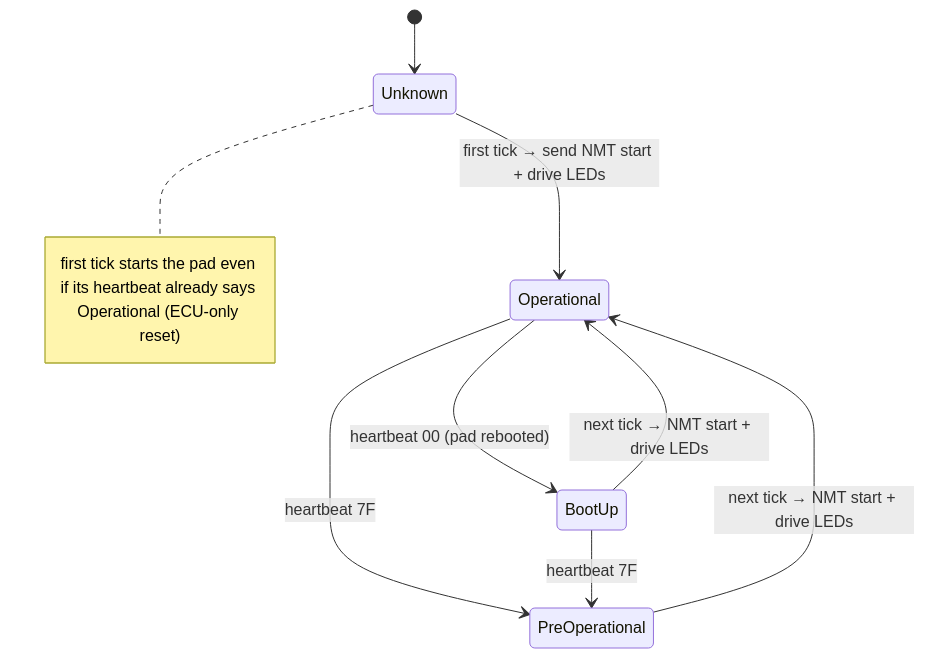
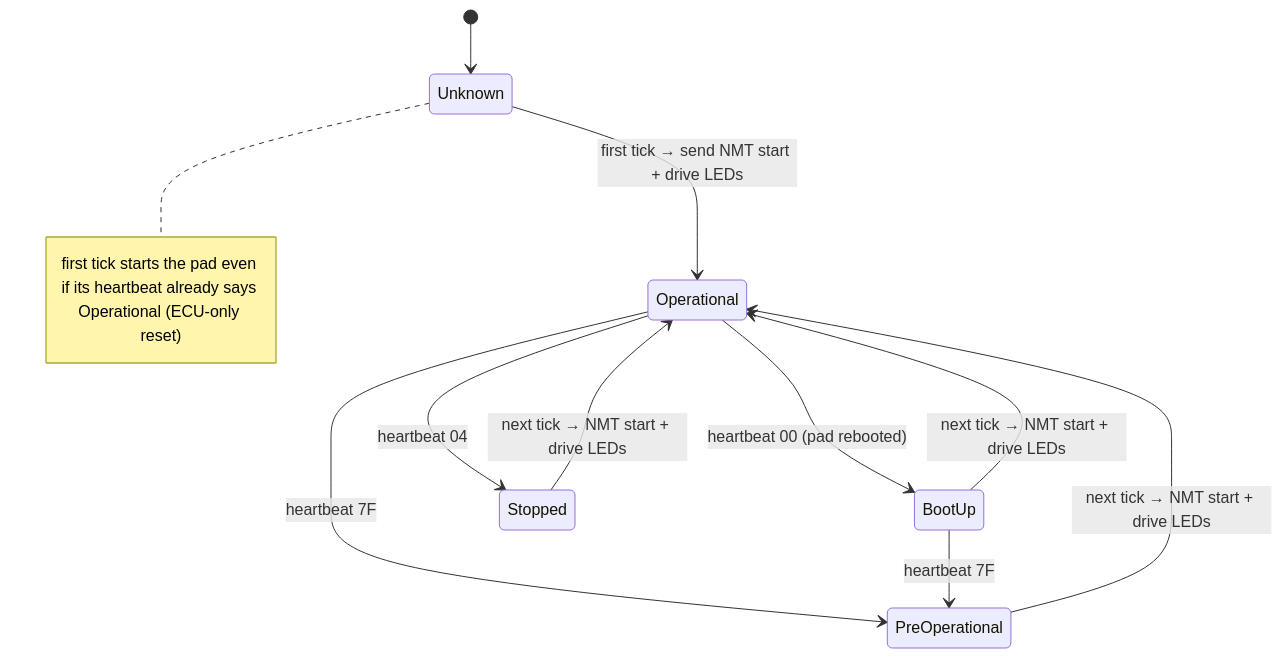
Before and after one commit to dreamev/mm-ecu: the second of 2 diagrams in lode/keypad/can-protocol.md, drawn with Mermaid. The commit also changed other lines of this file and 7 other files, not shown here.

````diff
--- a/lode/keypad/can-protocol.md
+++ b/lode/keypad/can-protocol.md
@@ -54,11 +56,13 @@
 ```mermaid
 stateDiagram-v2
   [*] --> Unknown
   Unknown --> Operational: first tick → send NMT start + drive LEDs
   note right of Unknown: first tick starts the pad even if its heartbeat already says Operational (ECU-only reset)
   Operational --> BootUp: heartbeat 00 (pad rebooted)
   BootUp --> Operational: next tick → NMT start + drive LEDs
   PreOperational --> Operational: next tick → NMT start + drive LEDs
   Operational --> PreOperational: heartbeat 7F
   BootUp --> PreOperational: heartbeat 7F
+  Operational --> Stopped: heartbeat 04
+  Stopped --> Operational: next tick → NMT start + drive LEDs
 ```
````
